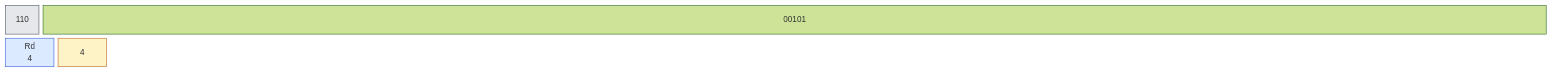
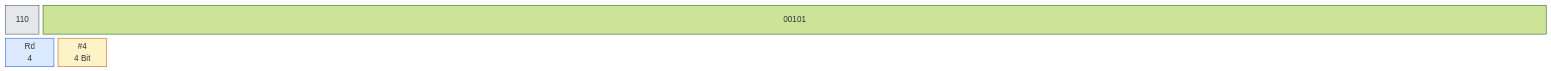
The tenth of 32 diagrams in book/kap03.md (olfp/Deep16), drawn with Mermaid (forest theme) before and after one commit. The commit also changed other lines of this file and 1 other file, not shown here.

Commit message:
book(kap03): Diagrammbeschriftungen (# für Immediate, Bitbreiten) vereinheitlicht

````diff
--- a/book/kap03.md
+++ b/book/kap03.md
@@ -382,17 +382,17 @@
 ```mermaid
 block-beta
   columns 31
   classDef op fill:#e5e7eb,stroke:#374151
   classDef reg fill:#dbeafe,stroke:#1d4ed8
   classDef imm fill:#fef3c7,stroke:#b45309
   classDef off fill:#dcfce7,stroke:#15803d
   classDef seg fill:#ede9fe,stroke:#6d28d9
   classDef all fill:#fee2e2,stroke:#b91c1c
   b0["110"]:5
   b1["00101"]:201
   b2["Rd<br/>4"]:7
-  b3["4"]:7
+  b3["#4<br/>4 Bit"]:7
   class b0 b1 op
   class b2 reg
   class b3 imm
 ```
````
